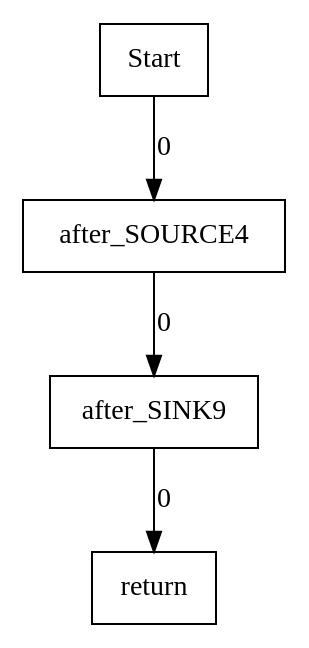
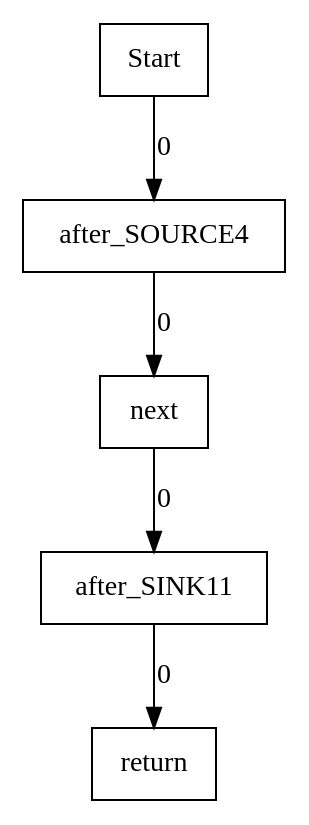
One commit to LandonPyko/SoftwareSecurity changed the diagram in main.dot. Above: the diagram before and after it, drawn with Graphviz. The commit also changed 2 other files, not shown here.

```diff
--- a/main.dot
+++ b/main.dot
@@ -1,9 +1,11 @@
 digraph{
 	Start [shape=record,label=Start]
 	Start -> after_SOURCE4[label=0]
 	after_SOURCE4 [shape=record,label=after_SOURCE4]
-	after_SOURCE4 -> after_SINK9[label=0]
-	after_SINK9 [shape=record,label=after_SINK9]
-	after_SINK9 -> return[label=0]
+	after_SOURCE4 -> next[label=0]
+	next [shape=record,label=next]
+	next -> after_SINK11[label=0]
+	after_SINK11 [shape=record,label=after_SINK11]
+	after_SINK11 -> return[label=0]
 	return [shape=record,label=return]
 }
```
